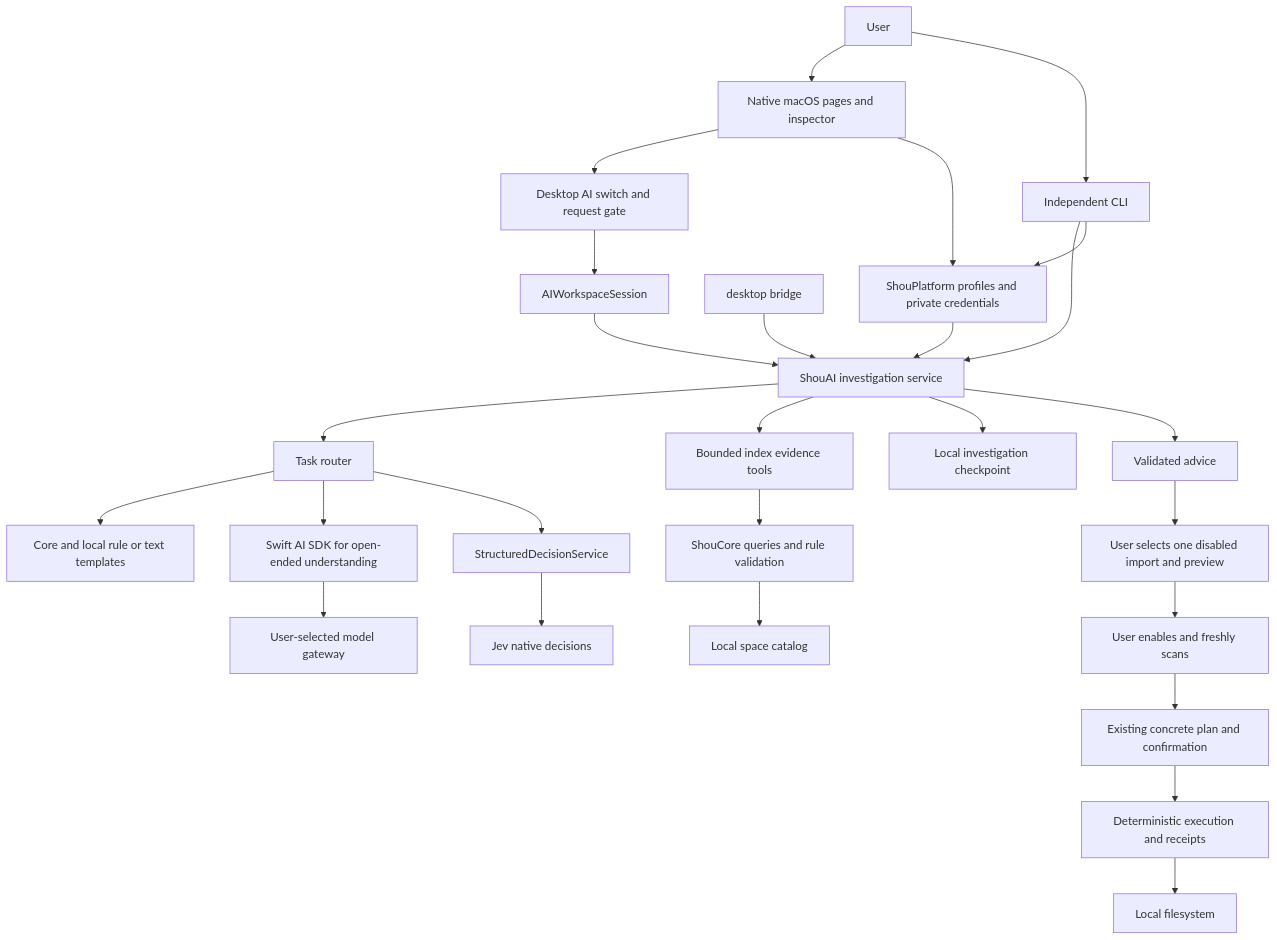
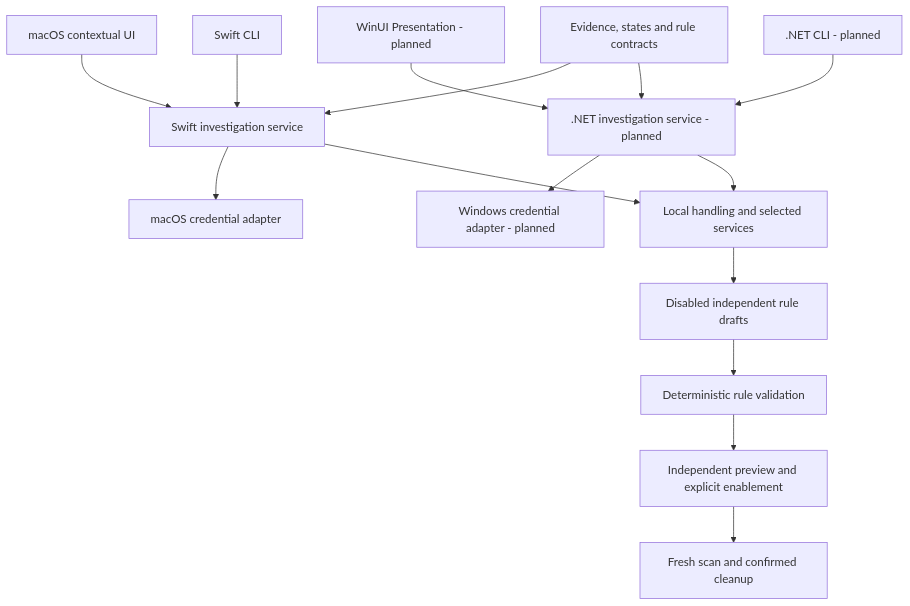
One commit to limecloud/shou changed the first of 4 diagrams in docs/architecture/embedded-ai.md. Above: the diagram before and after it, drawn with Mermaid. The commit also changed other lines of this file and 312 other files, not shown here.

````diff
--- a/docs/architecture/embedded-ai.md
+++ b/docs/architecture/embedded-ai.md
@@ -9,29 +9,17 @@
 ```mermaid
 flowchart TB
-    User[User] --> Desktop[Native macOS pages and inspector]
-    User --> CLI[Independent CLI]
-    Desktop --> Gate[Desktop AI switch and request gate]
-    Gate --> Session[AIWorkspaceSession]
-    Session --> Service[ShouAI investigation service]
-    CLI --> Service
-    Bridge[desktop bridge] --> Service
-    Service --> Route[Task router]
-    Route --> Local[Core and local rule or text templates]
-    Route --> SDK[Swift AI SDK for open-ended understanding]
-    SDK --> Provider[User-selected model gateway]
-    Route --> Decision[StructuredDecisionService]
-    Decision --> Jev[Jev native decisions]
-    Service --> Evidence[Bounded index evidence tools]
-    Evidence --> Core[ShouCore queries and rule validation]
-    Core --> Index[Local space catalog]
-    Service --> Checkpoint[Local investigation checkpoint]
-    Desktop --> Profiles[ShouPlatform profiles and private credentials]
-    CLI --> Profiles
-    Profiles --> Service
-    Service --> Advice[Validated advice]
-    Advice --> Preview[User selects one disabled import and preview]
-    Preview --> Review[User enables and freshly scans]
-    Review --> Confirm[Existing concrete plan and confirmation]
-    Confirm --> Execute[Deterministic execution and receipts]
-    Execute --> Files[Local filesystem]
+    MacUI[macOS contextual UI] --> Swift[Swift investigation service]
+    MacCLI[Swift CLI] --> Swift
+    WinUI[WinUI Presentation - planned] --> Dotnet[.NET investigation service - planned]
+    WinCLI[.NET CLI - planned] --> Dotnet
+    Contract[Evidence, states and rule contracts] --> Swift
+    Contract --> Dotnet
+    Swift --> MacCredentials[macOS credential adapter]
+    Dotnet --> WinCredentials[Windows credential adapter - planned]
+    Swift --> Routing[Local handling and selected services]
+    Dotnet --> Routing
+    Routing --> Draft[Disabled independent rule drafts]
+    Draft --> Parser[Deterministic rule validation]
+    Parser --> Preview[Independent preview and explicit enablement]
+    Preview --> Scan[Fresh scan and confirmed cleanup]
 ```
````
